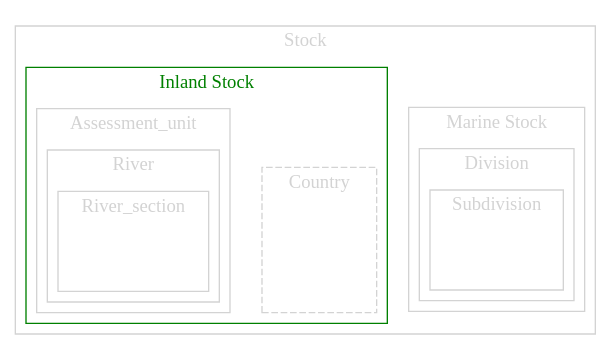
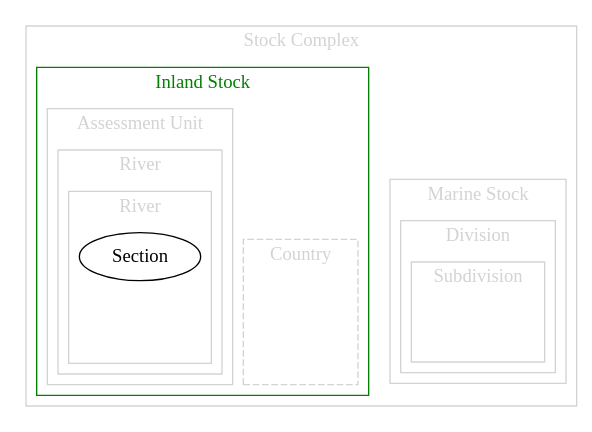
One commit to DIASPARAproject/WP3_habitat changed the second of 20 diagrams in R/generating_graphs.qmd. Above: the diagram before and after it, drawn with Graphviz. The commit also changed other lines of this file and 3 other files, not shown here.

````diff
--- a/R/generating_graphs.qmd
+++ b/R/generating_graphs.qmd
@@ -109,6 +109,6 @@
 ```{dot}
 //| label: fig-area_hierarchy_bast2
-//| eval: false
+//| eval: true
 
 
 digraph {
@@ -117,7 +117,7 @@
     rankdir="LR";
 
     subgraph clusterZ {
-      label = Stock
+      label = "Stock Complex"
       style=full
       color=lightgray
       fontcolor=lightgray
@@ -131,21 +131,21 @@
         center=true
 
         subgraph clusterB {
-        label = Assessment_unit
+        label= "Assessment Unit"
         style=full
         color=lightgray
         fontcolor=lightgray
         center=true
 
           subgraph clusterC {
-          label = River
+          label = "River"
           style=full
           color=lightgray
           fontcolor=lightgray
           center=true
                 
             subgraph clusterD {
-            label = River_section
+            label = "River" Section
             style=full
             color=lightgray
             fontcolor=lightgray
````
